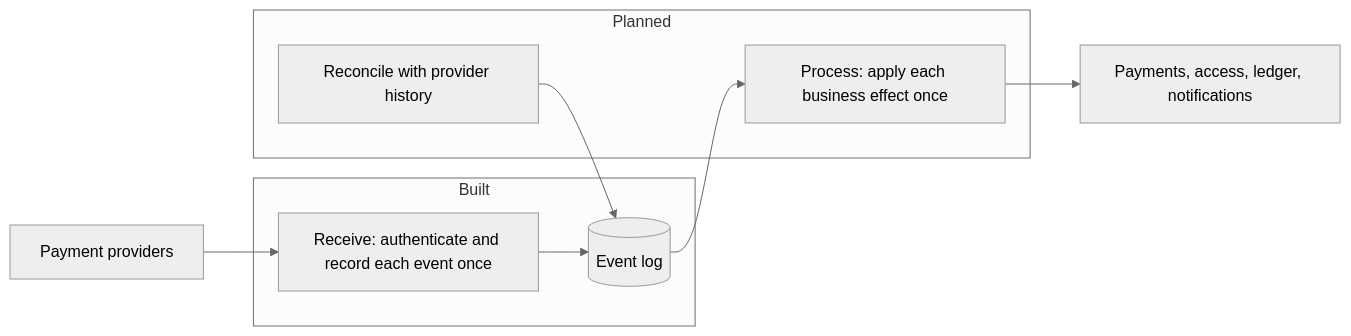
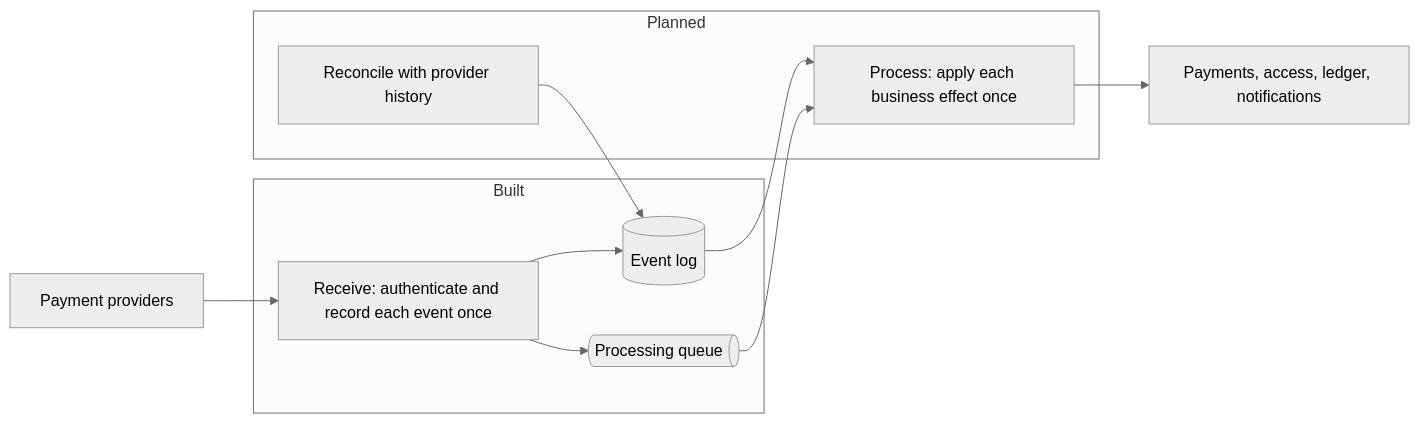
The second of 2 diagrams in README.md (gabrielroriz/aws-resilient-payment-flow), drawn with Mermaid (neutral theme) before and after one commit. The commit also changed other lines of this file and 24 other files, not shown here.

````diff
--- a/README.md
+++ b/README.md
@@ -55,16 +57,19 @@
 ```mermaid
 flowchart LR
     Providers["Payment providers"] --> Receive
     subgraph Built["Built"]
         Receive["Receive: authenticate and record each event once"]
         Log[("Event log")]
+        Queue@{ shape: h-cyl, label: "Processing queue" }
     end
     subgraph Planned["Planned"]
         Process["Process: apply each business effect once"]
         Reconcile["Reconcile with provider history"]
     end
     Receive --> Log
+    Receive --> Queue
+    Queue --> Process
     Log --> Process
     Process --> Effects["Payments, access, ledger, notifications"]
     Reconcile --> Log
 ```
````
